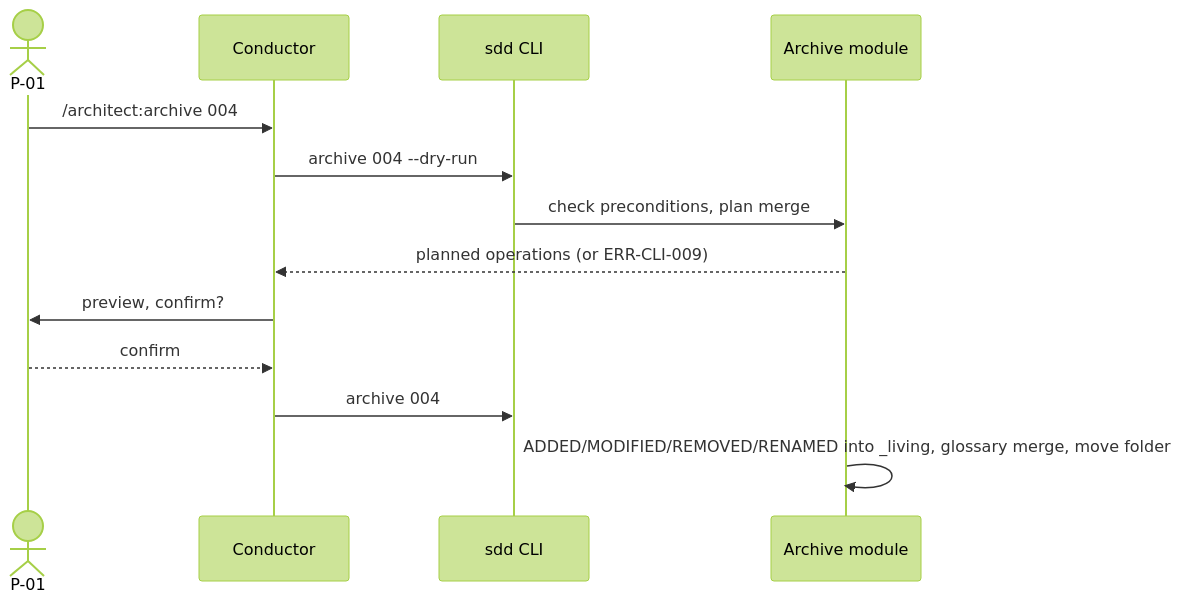
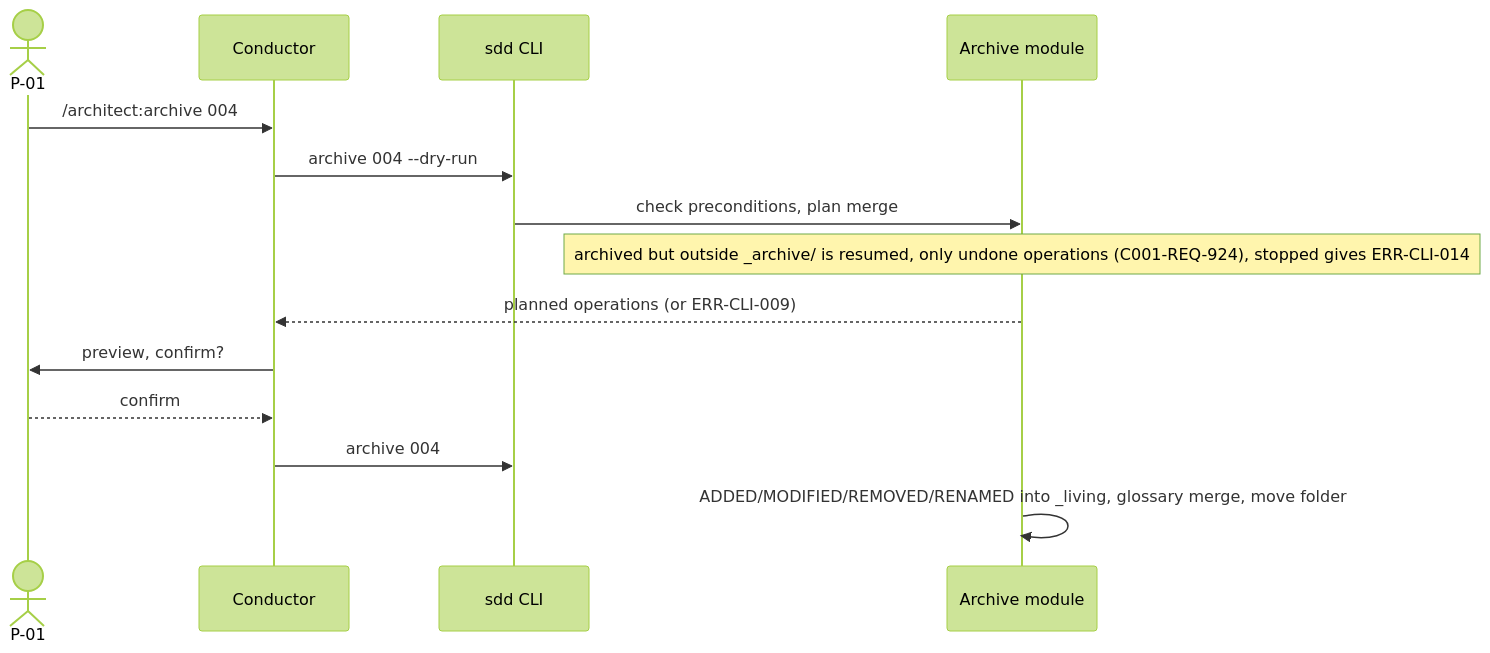
The fifth of 5 diagrams in .sdd/001-architect-agent-suite/10-spec/60-architecture/architecture.md (jlacube/spec-architect), drawn with Mermaid (forest theme) before and after one commit. The commit also changed other lines of this file and 6 other files, not shown here.

Commit message:
CHG-001: spec revision D-015 (test-designer, spec-writer, architect) — C001-AC-924.1, C001-TS-925 (6 rows), coverage row; state-machine resume arrow; archive CLI and command rows, COMP-06 and the archive sequence cite REQ-924

````diff
--- a/.sdd/001-architect-agent-suite/10-spec/60-architecture/architecture.md
+++ b/.sdd/001-architect-agent-suite/10-spec/60-architecture/architecture.md
@@ -322,15 +322,16 @@
 ```mermaid
 sequenceDiagram
   actor P01 as P-01
   participant C001_COMP_01 as Conductor
   participant C001_COMP_07 as sdd CLI
   participant C001_COMP_06 as Archive module
   P01->>C001_COMP_01: /architect:archive 004
   C001_COMP_01->>C001_COMP_07: archive 004 --dry-run
   C001_COMP_07->>C001_COMP_06: check preconditions, plan merge
+  Note over C001_COMP_06: archived but outside _archive/ is resumed, only undone operations (C001-REQ-924), stopped gives ERR-CLI-014
   C001_COMP_06-->>C001_COMP_01: planned operations (or ERR-CLI-009)
   C001_COMP_01->>P01: preview, confirm?
   P01-->>C001_COMP_01: confirm
   C001_COMP_01->>C001_COMP_07: archive 004
   C001_COMP_06->>C001_COMP_06: ADDED/MODIFIED/REMOVED/RENAMED into _living, glossary merge, move folder
 ```
````
